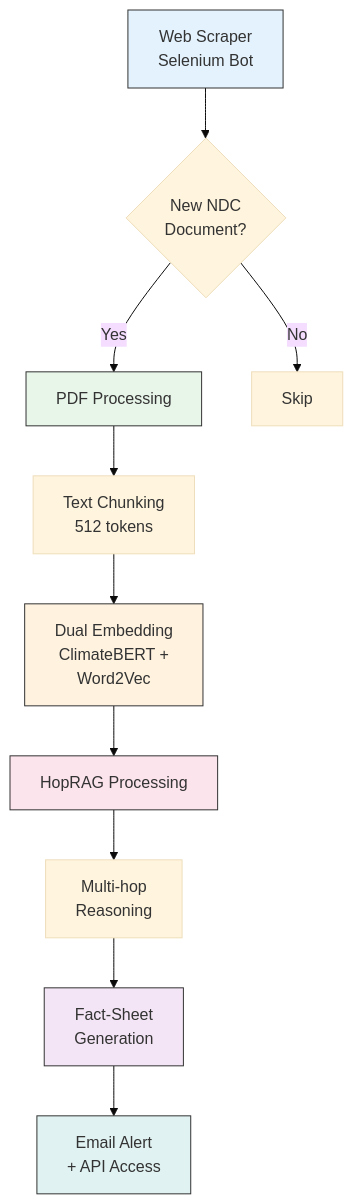
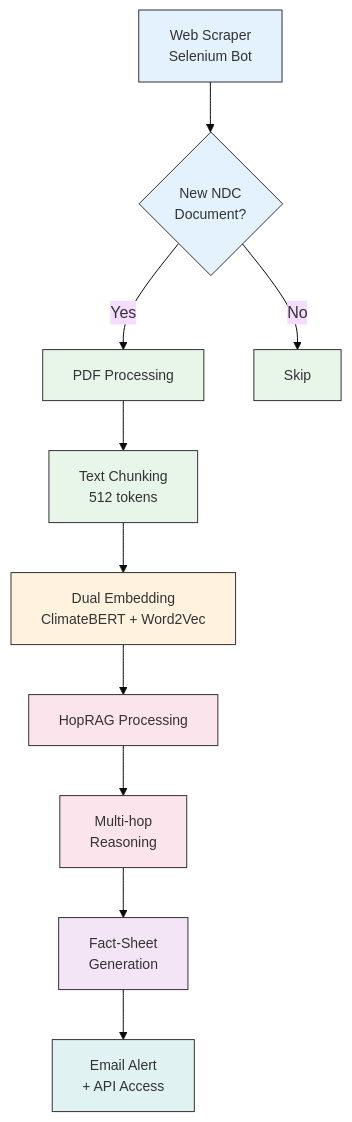
Before and after one commit to lse-ds205/rag-fact-sheets: the first of 3 diagrams in README.md, drawn with Mermaid (base theme).

Commit message:
test mermaid render

````diff
--- a/README.md
+++ b/README.md
@@ -12,19 +12,23 @@
 ```mermaid 
 graph TD
-    A[<div style='text-align:center'>Web Scraper<br/>Selenium Bot</div>] --> B{<div style='text-align:center'>New NDC<br/>Document?</div>}
-    B -->|Yes| C[<div style='text-align:center'>PDF Processing</div>]
-    B -->|No| D[<div style='text-align:center'>Skip</div>]
-    C --> E[<div style='text-align:center'>Text Chunking<br/>512 tokens</div>]
-    E --> F[<div style='text-align:center'>Dual Embedding<br/>ClimateBERT +<br/>Word2Vec</div>]
-    F --> G[<div style='text-align:center'>HopRAG Processing</div>]
-    G --> H[<div style='text-align:center'>Multi-hop<br/>Reasoning</div>]
-    H --> I[<div style='text-align:center'>Fact-Sheet<br/>Generation</div>]
-    I --> J[<div style='text-align:center'>Email Alert<br/>+ API Access</div>]
+    A[Web Scraper<br/>Selenium Bot] --> B{New NDC<br/>Document?}
+    B -->|Yes| C[PDF Processing]
+    B -->|No| D[Skip]
+    C --> E[Text Chunking<br/>512 tokens]
+    E --> F[Dual Embedding<br/>ClimateBERT + Word2Vec]
+    F --> G[HopRAG Processing]
+    G --> H[Multi-hop<br/>Reasoning]
+    H --> I[Fact-Sheet<br/>Generation]
+    I --> J[Email Alert<br/>+ API Access]
     
-    style A fill:#E3F2FD,stroke:#333
-    style C fill:#E8F5E9,stroke:#333
-    style F fill:#FFF3E0,stroke:#333
-    style G fill:#FCE4EC,stroke:#333
-    style I fill:#F3E5F5,stroke:#333
-    style J fill:#E0F2F1,stroke:#333
+    style A fill:#E3F2FD,stroke:#333,font-size:14px
+    style B fill:#E3F2FD,stroke:#333,font-size:14px
+    style C fill:#E8F5E9,stroke:#333,font-size:14px
+    style D fill:#E8F5E9,stroke:#333,font-size:14px
+    style E fill:#E8F5E9,stroke:#333,font-size:14px
+    style F fill:#FFF3E0,stroke:#333,font-size:14px
+    style G fill:#FCE4EC,stroke:#333,font-size:14px
+    style H fill:#FCE4EC,stroke:#333,font-size:14px
+    style I fill:#F3E5F5,stroke:#333,font-size:14px
+    style J fill:#E0F2F1,stroke:#333,font-size:14px
 ```
````
